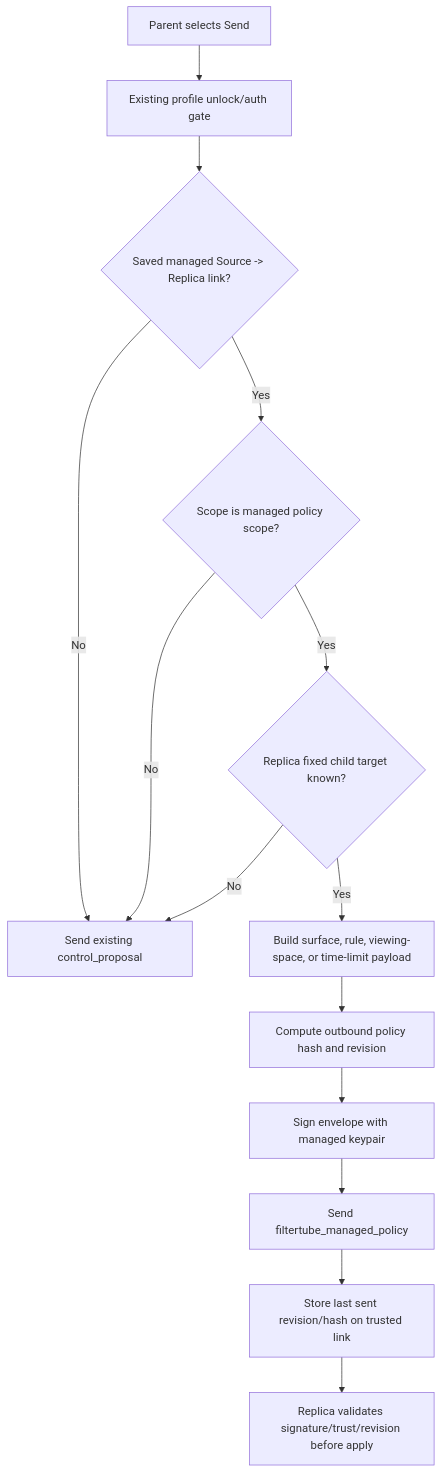
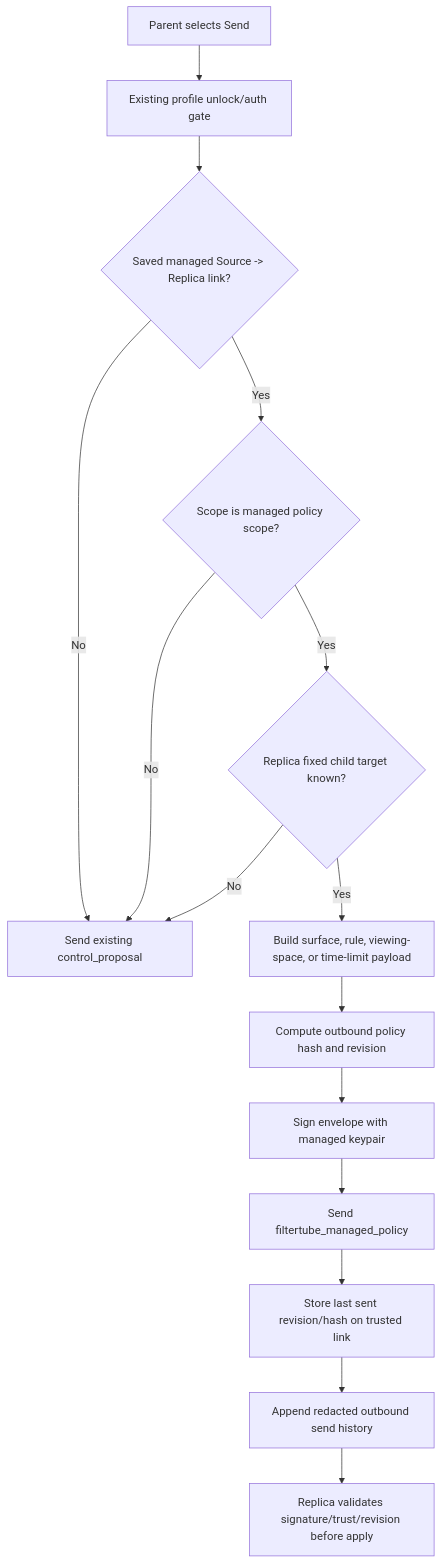
One commit to varshneydevansh/FilterTube changed the diagram in docs/audit/FILTERTUBE_NANAH_MANAGED_LIVE_SIGNED_SEND_2026-06-04.md. Above: the diagram before and after it, drawn with Mermaid. The commit also changed other lines of this file and 61 other files, not shown here.

Commit message:
feat: record managed Nanah outbound send history

````diff
--- a/docs/audit/FILTERTUBE_NANAH_MANAGED_LIVE_SIGNED_SEND_2026-06-04.md
+++ b/docs/audit/FILTERTUBE_NANAH_MANAGED_LIVE_SIGNED_SEND_2026-06-04.md
@@ -41,16 +41,17 @@
 ```mermaid
 flowchart TD
   A["Parent selects Send"] --> B["Existing profile unlock/auth gate"]
   B --> C{"Saved managed Source -> Replica link?"}
   C -->|No| D["Send existing control_proposal"]
   C -->|Yes| E{"Scope is managed policy scope?"}
   E -->|No| D
   E -->|Yes| F{"Replica fixed child target known?"}
   F -->|No| D
   F -->|Yes| G["Build surface, rule, viewing-space, or time-limit payload"]
   G --> H["Compute outbound policy hash and revision"]
   H --> I["Sign envelope with managed keypair"]
   I --> J["Send filtertube_managed_policy"]
   J --> K["Store last sent revision/hash on trusted link"]
-  K --> L["Replica validates signature/trust/revision before apply"]
+  K --> L["Append redacted outbound send history"]
+  L --> M["Replica validates signature/trust/revision before apply"]
 ```
````
